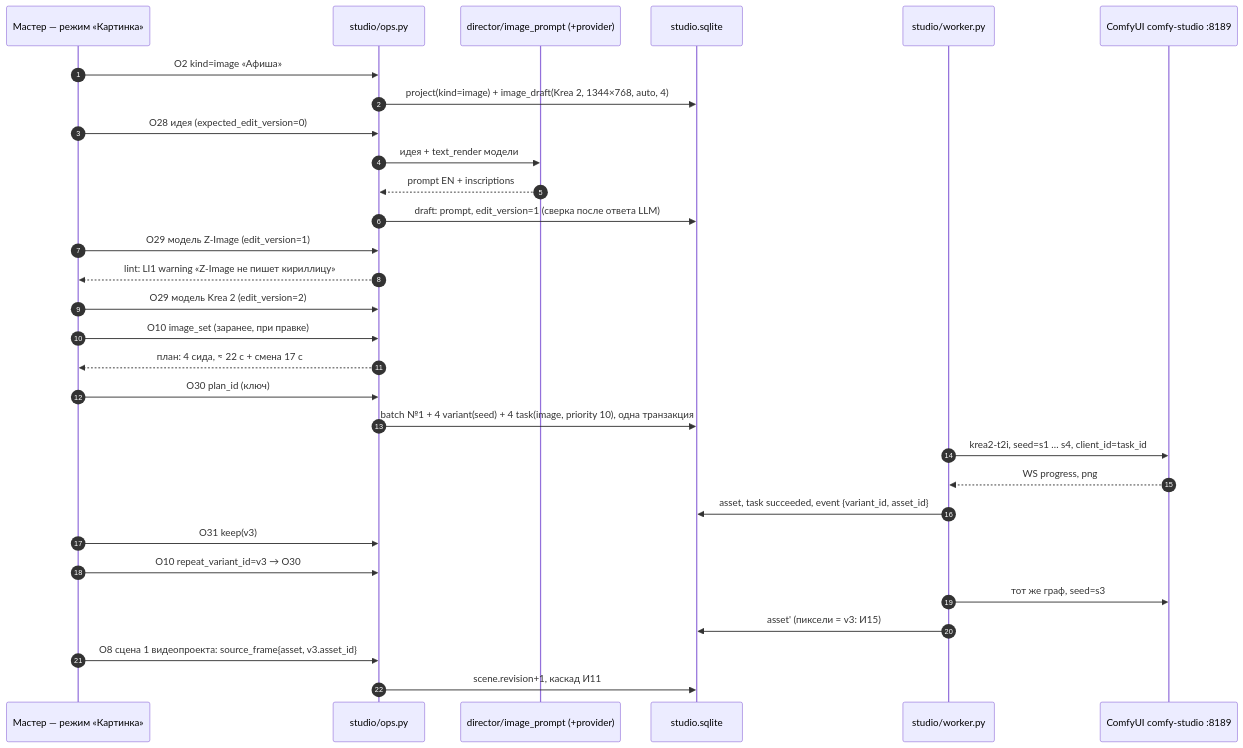
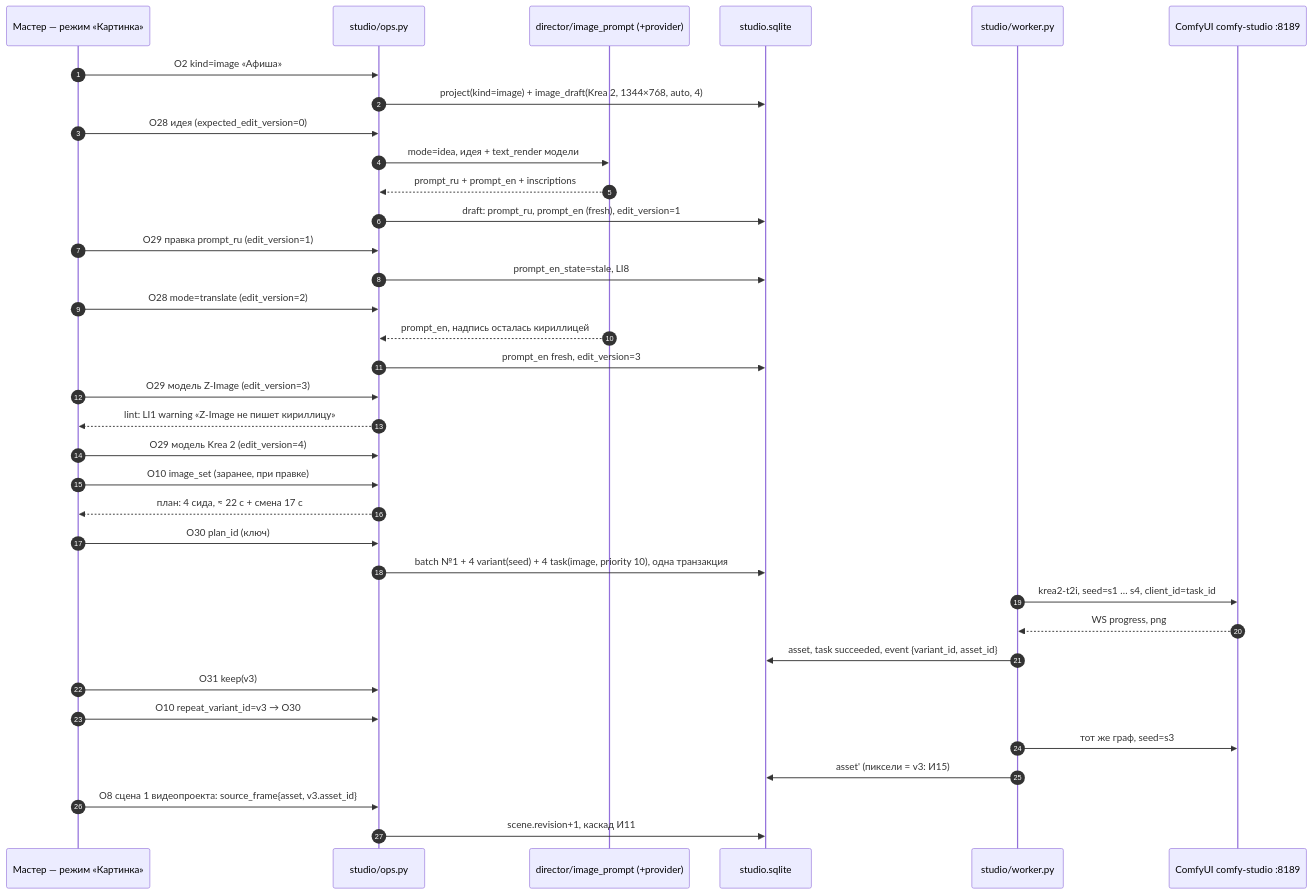
One commit to AlexeyKorzhebin/minimax-h3-mlx-48gb changed the seventh of 7 diagrams in docs/superpowers/specs/2026-10-10-studio-part1-core-design.md. Above: the diagram before and after it, drawn with Mermaid. The commit also changed other lines of this file and 1 other file, not shown here.

Commit message:
docs(studio): спека ред. 3 — Qwen-Image по замерам (профили Быстро/Полное), язык промпта ru→en, нумерация миграций 002–004

````diff
--- a/docs/superpowers/specs/2026-10-10-studio-part1-core-design.md
+++ b/docs/superpowers/specs/2026-10-10-studio-part1-core-design.md
@@ -1685,33 +1752,38 @@
 ```mermaid
 sequenceDiagram
   autonumber
   participant B as Мастер — режим «Картинка»
   participant O as studio/ops.py
   participant S as director/image_prompt (+provider)
   participant DB as studio.sqlite
   participant W as studio/worker.py
   participant C as ComfyUI comfy-studio :8189
 
   B->>O: O2 kind=image «Афиша»
   O->>DB: project(kind=image) + image_draft(Krea 2, 1344×768, auto, 4)
   B->>O: O28 идея (expected_edit_version=0)
-  O->>S: идея + text_render модели
-  S-->>O: prompt EN + inscriptions
-  O->>DB: draft: prompt, edit_version=1 (сверка после ответа LLM)
-  B->>O: O29 модель Z-Image (edit_version=1)
+  O->>S: mode=idea, идея + text_render модели
+  S-->>O: prompt_ru + prompt_en + inscriptions
+  O->>DB: draft: prompt_ru, prompt_en (fresh), edit_version=1
+  B->>O: O29 правка prompt_ru (edit_version=1)
+  O->>DB: prompt_en_state=stale, LI8
+  B->>O: O28 mode=translate (edit_version=2)
+  S-->>O: prompt_en, надпись осталась кириллицей
+  O->>DB: prompt_en fresh, edit_version=3
+  B->>O: O29 модель Z-Image (edit_version=3)
   O-->>B: lint: LI1 warning «Z-Image не пишет кириллицу»
-  B->>O: O29 модель Krea 2 (edit_version=2)
+  B->>O: O29 модель Krea 2 (edit_version=4)
   B->>O: O10 image_set (заранее, при правке)
   O-->>B: план: 4 сида, ≈ 22 с + смена 17 с
   B->>O: O30 plan_id (ключ)
   O->>DB: batch №1 + 4 variant(seed) + 4 task(image, priority 10), одна транзакция
   W->>C: krea2-t2i, seed=s1 … s4, client_id=task_id
   C-->>W: WS progress, png
   W->>DB: asset, task succeeded, event {variant_id, asset_id}
   B->>O: O31 keep(v3)
   B->>O: O10 repeat_variant_id=v3 → O30
   W->>C: тот же граф, seed=s3
   W->>DB: asset' (пиксели = v3: И15)
   B->>O: O8 сцена 1 видеопроекта: source_frame{asset, v3.asset_id}
   O->>DB: scene.revision+1, каскад И11
 ```
````
